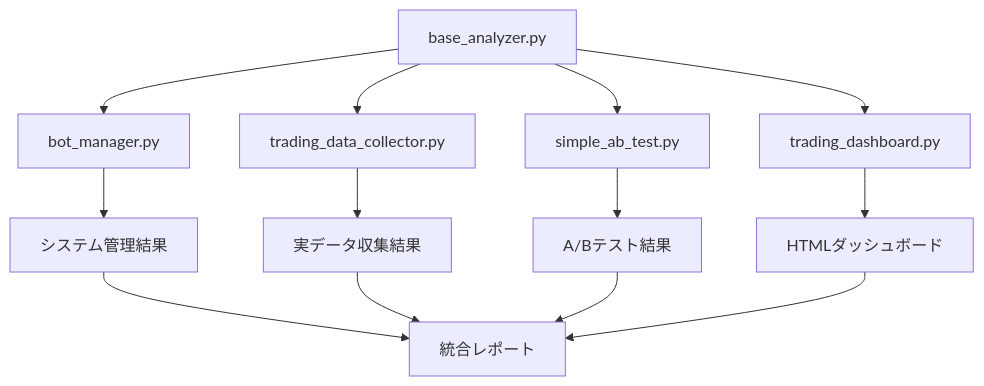
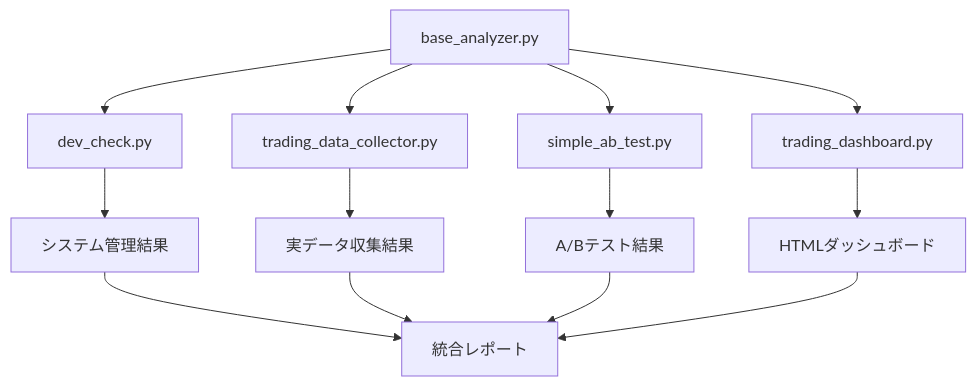
The diagram in scripts/analytics/README.md (nao-namake/crypto-bot), drawn with Mermaid before and after one commit. The commit also changed other lines of this file and 97 other files, not shown here.

````diff
--- a/scripts/analytics/README.md
+++ b/scripts/analytics/README.md
@@ -252,17 +252,17 @@
 ```mermaid
 graph TD
-    A[base_analyzer.py] --> B[bot_manager.py]
+    A[base_analyzer.py] --> B[dev_check.py]
     A --> C[trading_data_collector.py] 
     A --> D[simple_ab_test.py]
     A --> E[trading_dashboard.py]
     
     B --> F[システム管理結果]
     C --> G[実データ収集結果]
     D --> H[A/Bテスト結果]
     E --> I[HTMLダッシュボード]
     
     F --> J[統合レポート]
     G --> J
     H --> J
     I --> J
 ```
````
